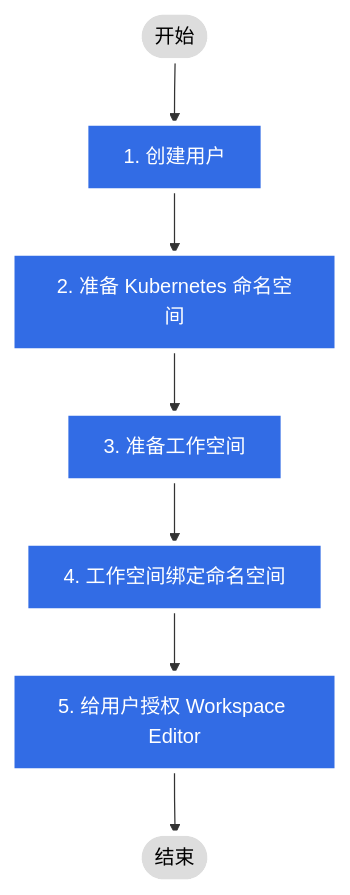
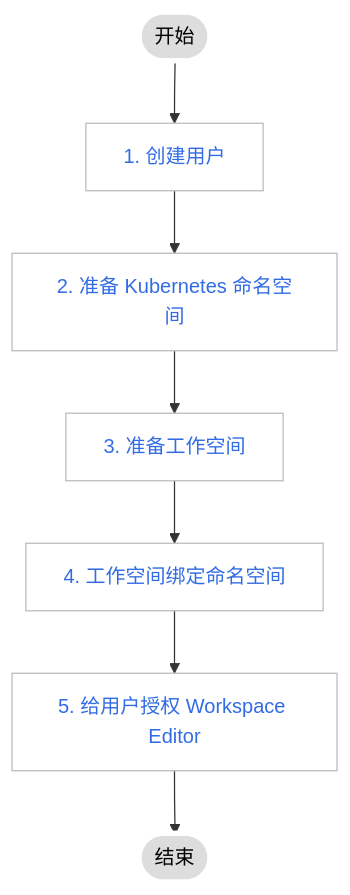
Before and after one commit to DaoCloud/DaoCloud-docs: the diagram in docs/zh/docs/ghippo/04UserGuide/02Workspace/authu-plan.md, drawn with Mermaid. The commit also changed 22 other files, not shown here.

````diff
--- a/docs/zh/docs/ghippo/04UserGuide/02Workspace/authu-plan.md
+++ b/docs/zh/docs/ghippo/04UserGuide/02Workspace/authu-plan.md
@@ -7,21 +7,22 @@
 ```mermaid
 graph TB
 
     start([开始]) --> user[1. 创建用户]
     user --> ns[2. 准备 Kubernetes 命名空间]
     ns --> ws[3. 准备工作空间]
     ws --> ws-to-ns[4. 工作空间绑定命名空间]
     ws-to-ns --> authu[5. 给用户授权 Workspace Editor]
     authu --> complete([结束])
     
 click user "https://docs.daocloud.io/ghippo/04UserGuide/01UserandAccess/User/"
 click ns "https://docs.daocloud.io/kpanda/07UserGuide/Namespaces/createns/"
 click ws "https://docs.daocloud.io/ghippo/04UserGuide/02Workspace/Workspaces/"
 click ws-to-ns "https://docs.daocloud.io/ghippo/04UserGuide/02Workspace/ws-to-ns-across-clus/"
 click authu "https://docs.daocloud.io/ghippo/04UserGuide/02Workspace/wspermission/"
 
  classDef plain fill:#ddd,stroke:#fff,stroke-width:4px,color:#000;
  classDef k8s fill:#326ce5,stroke:#fff,stroke-width:4px,color:#fff;
- class user,ns,ws,ws-to-ns,authu k8s;
+ classDef cluster fill:#fff,stroke:#bbb,stroke-width:1px,color:#326ce5;
+ class user,ns,ws,ws-to-ns,authu cluster;
  class start,complete plain;
 ```
````
